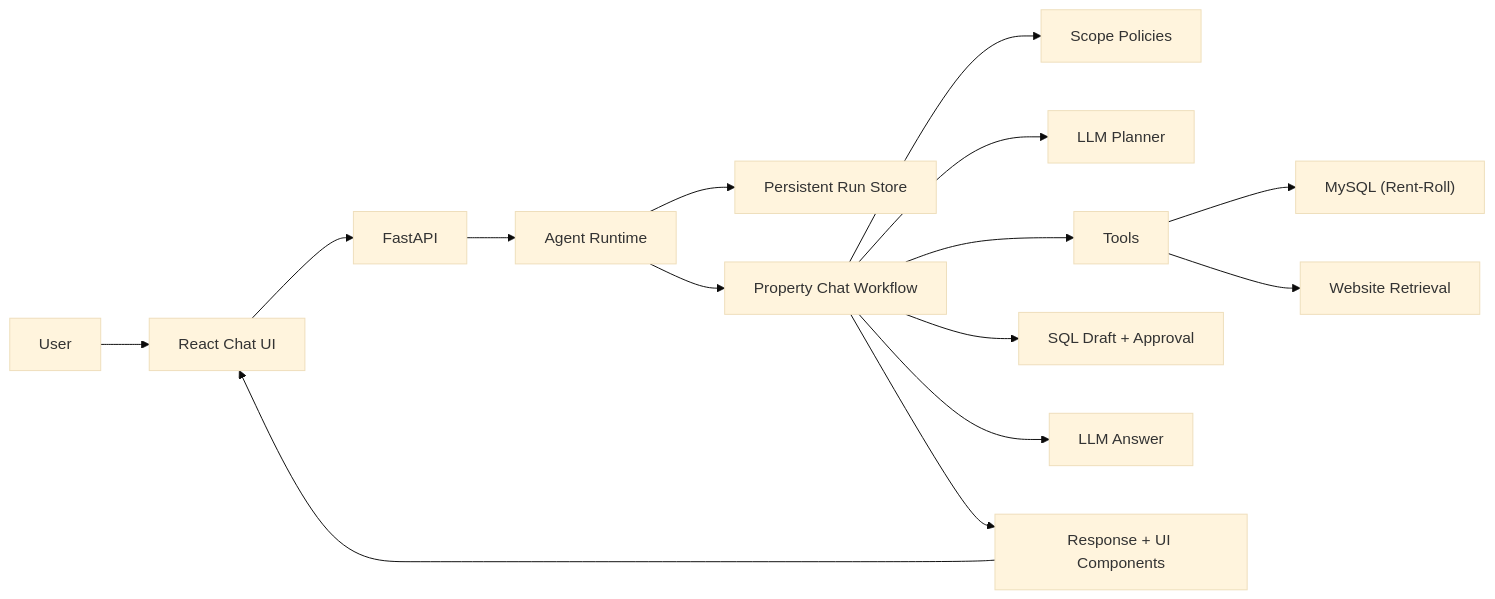
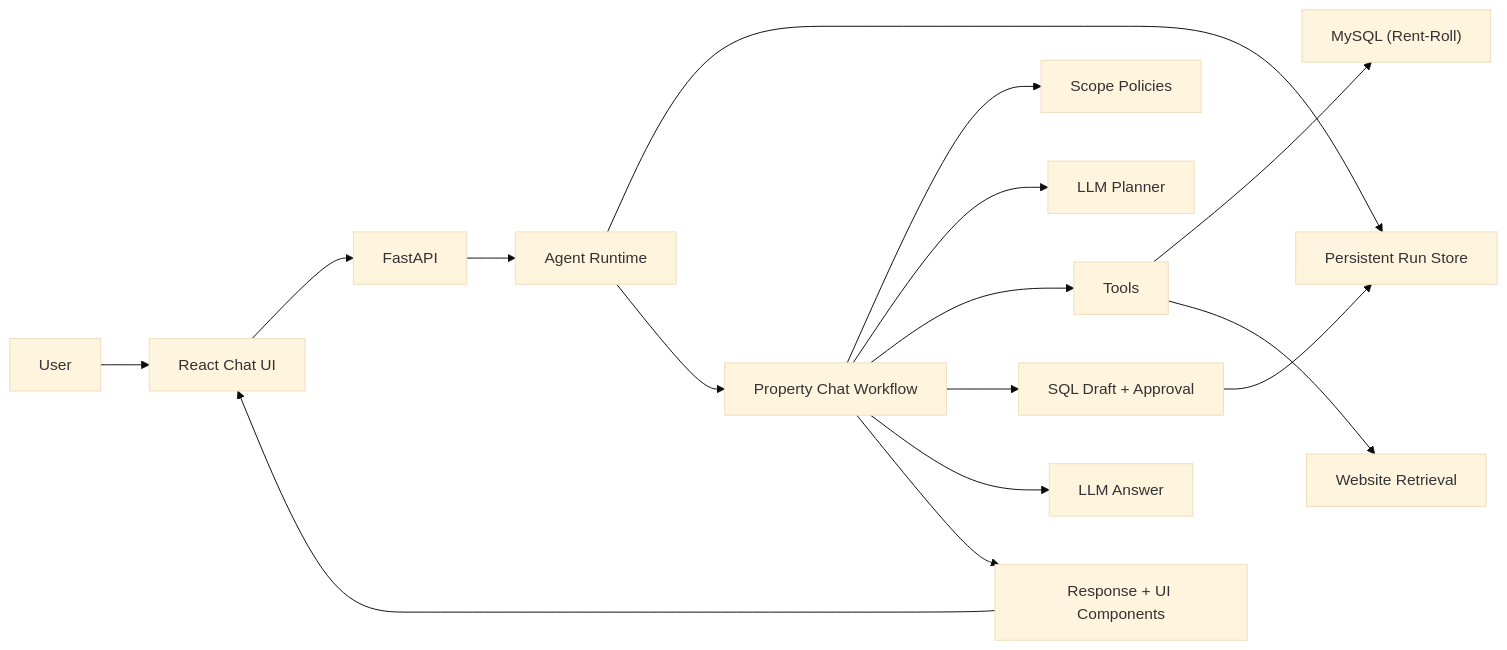
One commit to nanda1045/Property_Chatbot changed the diagram in README.md. Above: the diagram before and after it, drawn with Mermaid (base theme). The commit also changed other lines of this file and 10 other files, not shown here.

````diff
--- a/README.md
+++ b/README.md
@@ -244,17 +260,18 @@
 ```mermaid
 flowchart LR
   User["User"] --> UI["React Chat UI"]
   UI --> API["FastAPI"]
   API --> Runtime["Agent Runtime"]
   Runtime --> RunStore["Persistent Run Store"]
   Runtime --> Workflow["Property Chat Workflow"]
   Workflow --> Policies["Scope Policies"]
   Workflow --> Planner["LLM Planner"]
   Workflow --> Tools["Tools"]
   Tools --> MySQL["MySQL (Rent-Roll)"]
   Tools --> Retrieval["Website Retrieval"]
   Workflow --> SQLApproval["SQL Draft + Approval"]
+  SQLApproval --> RunStore
   Workflow --> LLM["LLM Answer"]
   Workflow --> Response["Response + UI Components"]
   Response --> UI
 ```
````
